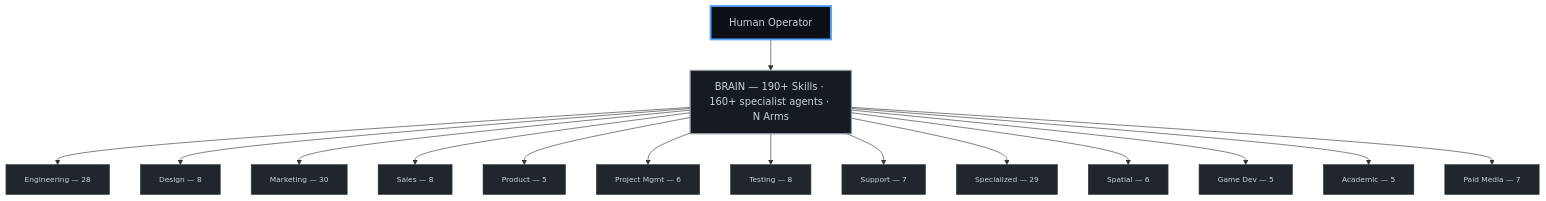
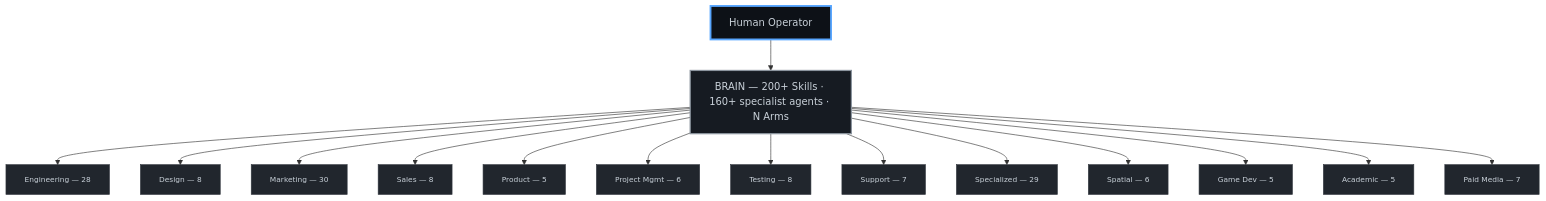
The diagram in README.md (CarlosCaPe/octorato), drawn with Mermaid before and after one commit. The commit also changed other lines of this file and 5 other files, not shown here.

Commit message:
docs(wiki): add generate-octorato-wiki.py generator; regenerate catalogs to live 201 skills / 162 agents (#91)

````diff
--- a/README.md
+++ b/README.md
@@ -601,24 +601,24 @@
 ```mermaid
 graph TB
     classDef ceo fill:#0D1117,stroke:#58A6FF,stroke-width:3px,color:#C9D1D9
     classDef brain fill:#161B22,stroke:#8B949E,stroke-width:2px,color:#C9D1D9
     classDef div fill:#21262D,stroke:#30363D,stroke-width:1px,color:#C9D1D9,font-size:12px
 
     CEO["Human Operator"]:::ceo
-    BRAIN["BRAIN — 190+ Skills · 160+ specialist agents · N Arms"]:::brain
+    BRAIN["BRAIN — 200+ Skills · 160+ specialist agents · N Arms"]:::brain
     CEO --> BRAIN
 
     BRAIN --> ENG["Engineering — 28"]:::div
     BRAIN --> DES["Design — 8"]:::div
     BRAIN --> MKT["Marketing — 30"]:::div
     BRAIN --> SAL["Sales — 8"]:::div
     BRAIN --> PRD["Product — 5"]:::div
     BRAIN --> PM["Project Mgmt — 6"]:::div
     BRAIN --> TST["Testing — 8"]:::div
     BRAIN --> SUP["Support — 7"]:::div
     BRAIN --> SPC["Specialized — 29"]:::div
     BRAIN --> XR["Spatial — 6"]:::div
     BRAIN --> GMD["Game Dev — 5"]:::div
     BRAIN --> ACD["Academic — 5"]:::div
     BRAIN --> PMA["Paid Media — 7"]:::div
 ```
````
